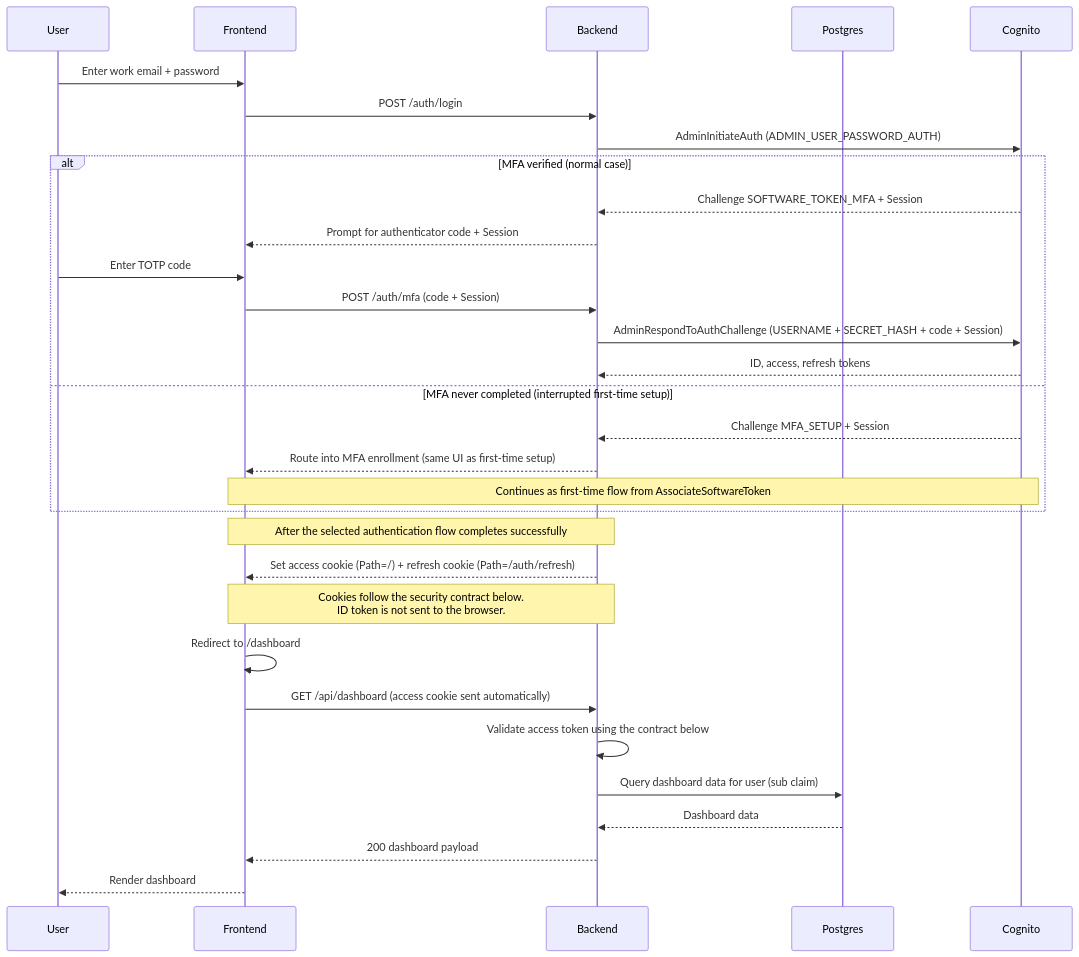
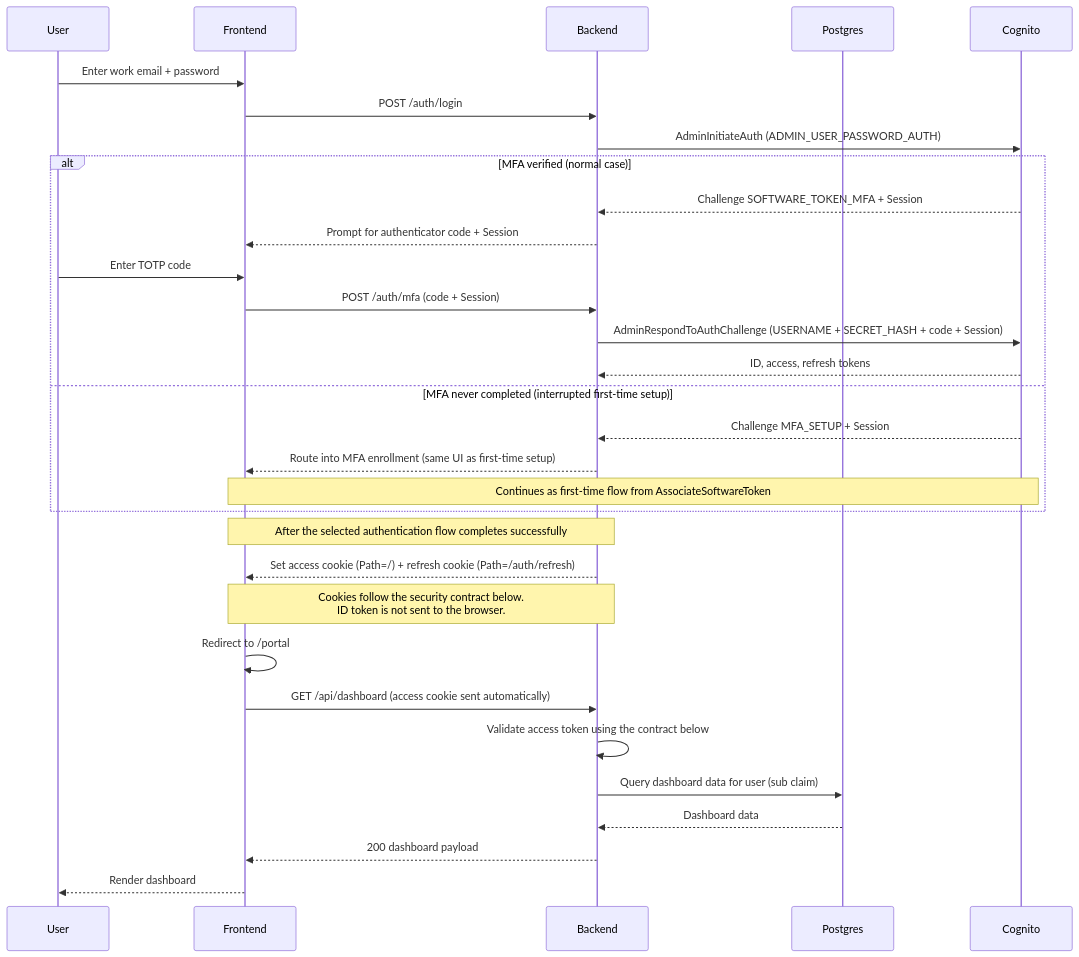
One commit to ditnice/aws-UKPS changed the third of 4 diagrams in documentation/auth/sequences.md. Above: the diagram before and after it, drawn with Mermaid. The commit also changed other lines of this file and 9 other files, not shown here.

Commit message:
Extended the sign-up flow to set cookies and direct to /portal

````diff
--- a/documentation/auth/sequences.md
+++ b/documentation/auth/sequences.md
@@ -80,33 +80,33 @@
 ```mermaid
 sequenceDiagram
     participant U as User
     participant F as Frontend
     participant B as Backend
     participant P as Postgres
     participant C as Cognito
     U->>F: Enter work email + password
     F->>B: POST /auth/login
     B->>C: AdminInitiateAuth (ADMIN_USER_PASSWORD_AUTH)
     alt MFA verified (normal case)
         C-->>B: Challenge SOFTWARE_TOKEN_MFA + Session
         B-->>F: Prompt for authenticator code + Session
         U->>F: Enter TOTP code
         F->>B: POST /auth/mfa (code + Session)
         B->>C: AdminRespondToAuthChallenge (USERNAME + SECRET_HASH + code + Session)
         C-->>B: ID, access, refresh tokens
     else MFA never completed (interrupted first-time setup)
         C-->>B: Challenge MFA_SETUP + Session
         B-->>F: Route into MFA enrollment (same UI as first-time setup)
         Note over F,C: Continues as first-time flow from AssociateSoftwareToken
     end
     Note over B,F: After the selected authentication flow completes successfully
     B-->>F: Set access cookie (Path=/) + refresh cookie (Path=/auth/refresh)
     Note over B,F: Cookies follow the security contract below.<br/>ID token is not sent to the browser.
-    F->>F: Redirect to /dashboard
+    F->>F: Redirect to /portal
     F->>B: GET /api/dashboard (access cookie sent automatically)
     B->>B: Validate access token using the contract below
     B->>P: Query dashboard data for user (sub claim)
     P-->>B: Dashboard data
     B-->>F: 200 dashboard payload
     F-->>U: Render dashboard
 ```
````
